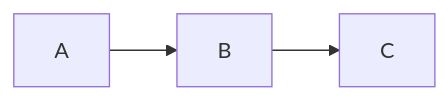
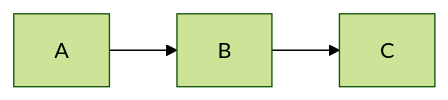
One commit to ShayGali/sp2_ex1 changed the first of 28 diagrams in tests/README.md. Above: the diagram before and after it, drawn with Mermaid.

````diff
--- a/tests/README.md
+++ b/tests/README.md
@@ -46,5 +46,6 @@
-```{.mermaid theme=forest}
+```mermaid
+%%{init: {'theme': 'forest' } }%%
 graph LR;
     A-->B;
     B-->C;
 ```
````
